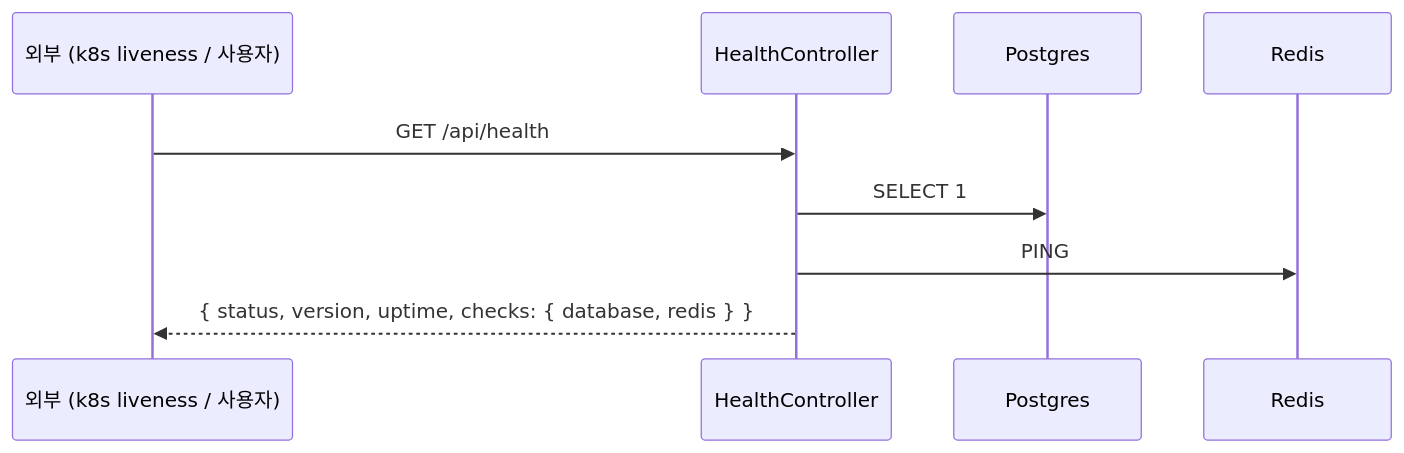
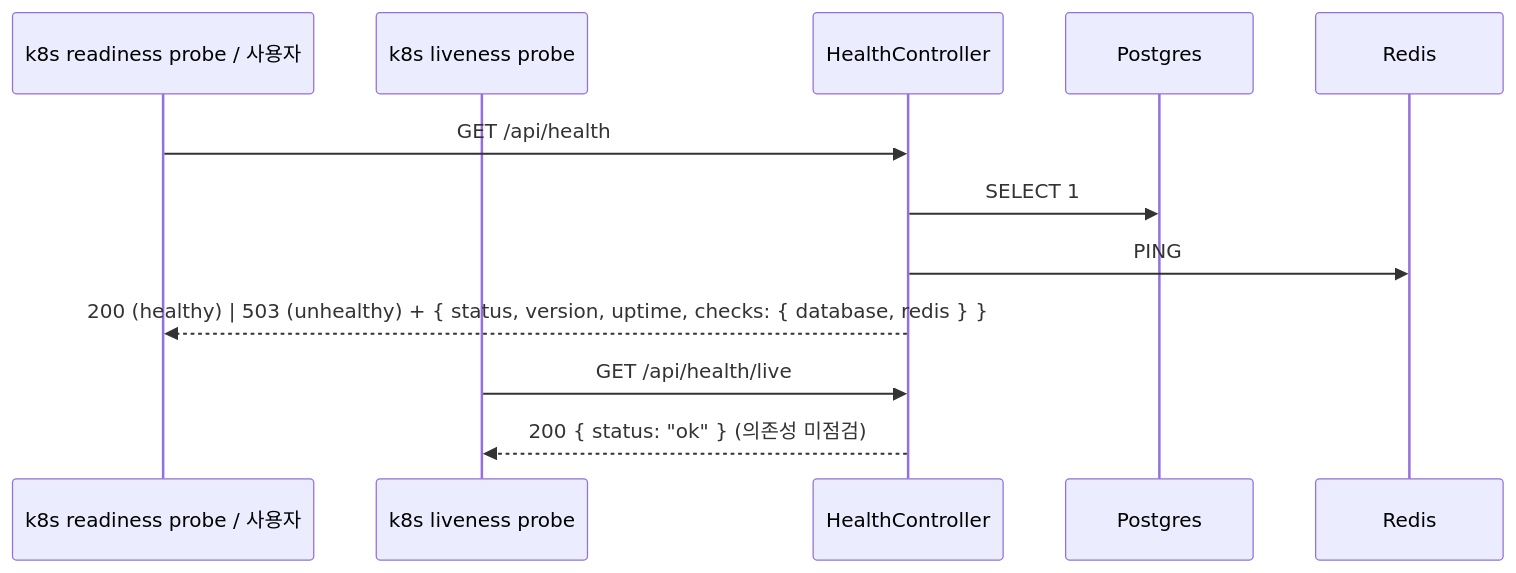
The first of 4 diagrams in spec/data-flow/9-observability.md (worker-ants/clemvion), drawn with Mermaid before and after one commit. The commit also changed other lines of this file and 39 other files, not shown here.

First line of the commit message:
feat(health): /api/health readiness 503 + /api/health/live liveness + HEALTH_CHECK_LOG 로그 게이팅 (#527)

````diff
--- a/spec/data-flow/9-observability.md
+++ b/spec/data-flow/9-observability.md
@@ -35,11 +35,14 @@
 ```mermaid
 sequenceDiagram
-  participant K as 외부 (k8s liveness / 사용자)
+  participant RP as k8s readiness probe / 사용자
+  participant LP as k8s liveness probe
   participant H as HealthController
   participant PG as Postgres
   participant R as Redis
-  K->>H: GET /api/health
+  RP->>H: GET /api/health
   H->>PG: SELECT 1
   H->>R: PING
-  H-->>K: { status, version, uptime, checks: { database, redis } }
+  H-->>RP: 200 (healthy) | 503 (unhealthy) + { status, version, uptime, checks: { database, redis } }
+  LP->>H: GET /api/health/live
+  H-->>LP: 200 { status: "ok" }  (의존성 미점검)
 ```
````
